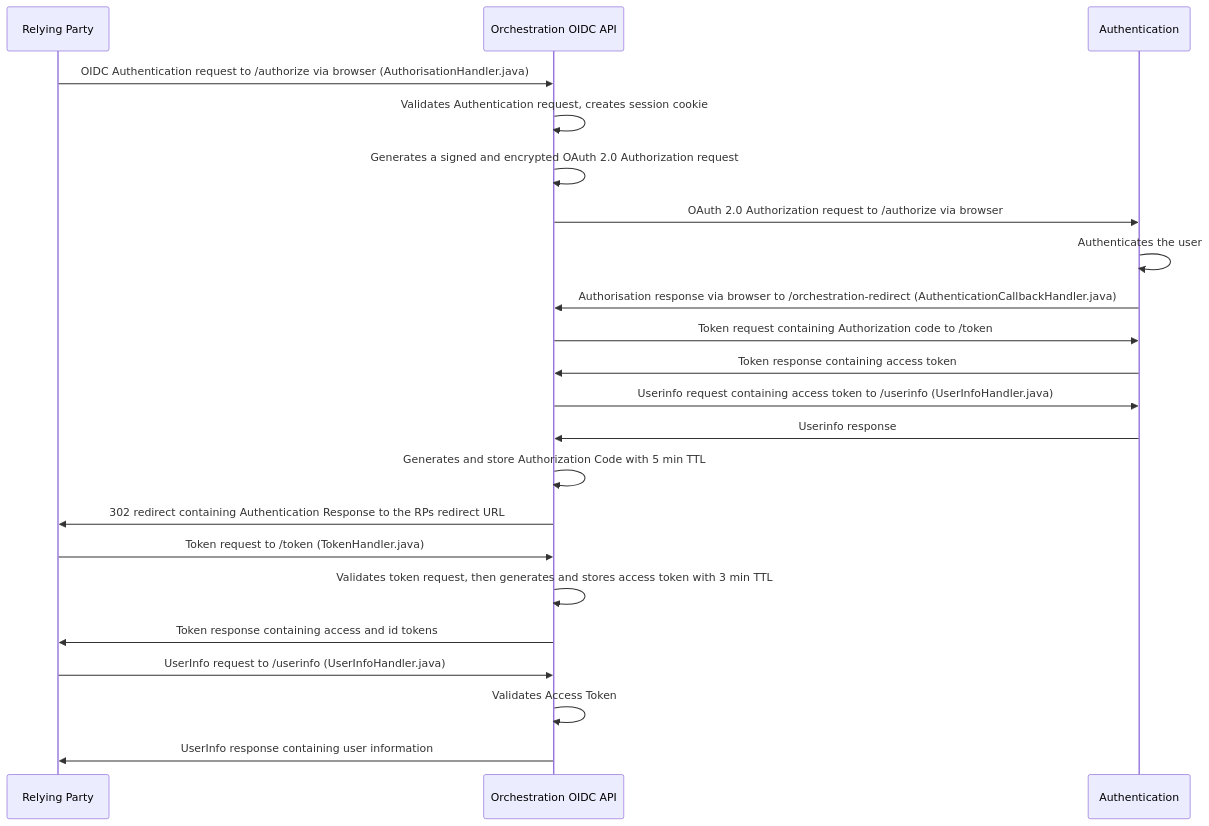
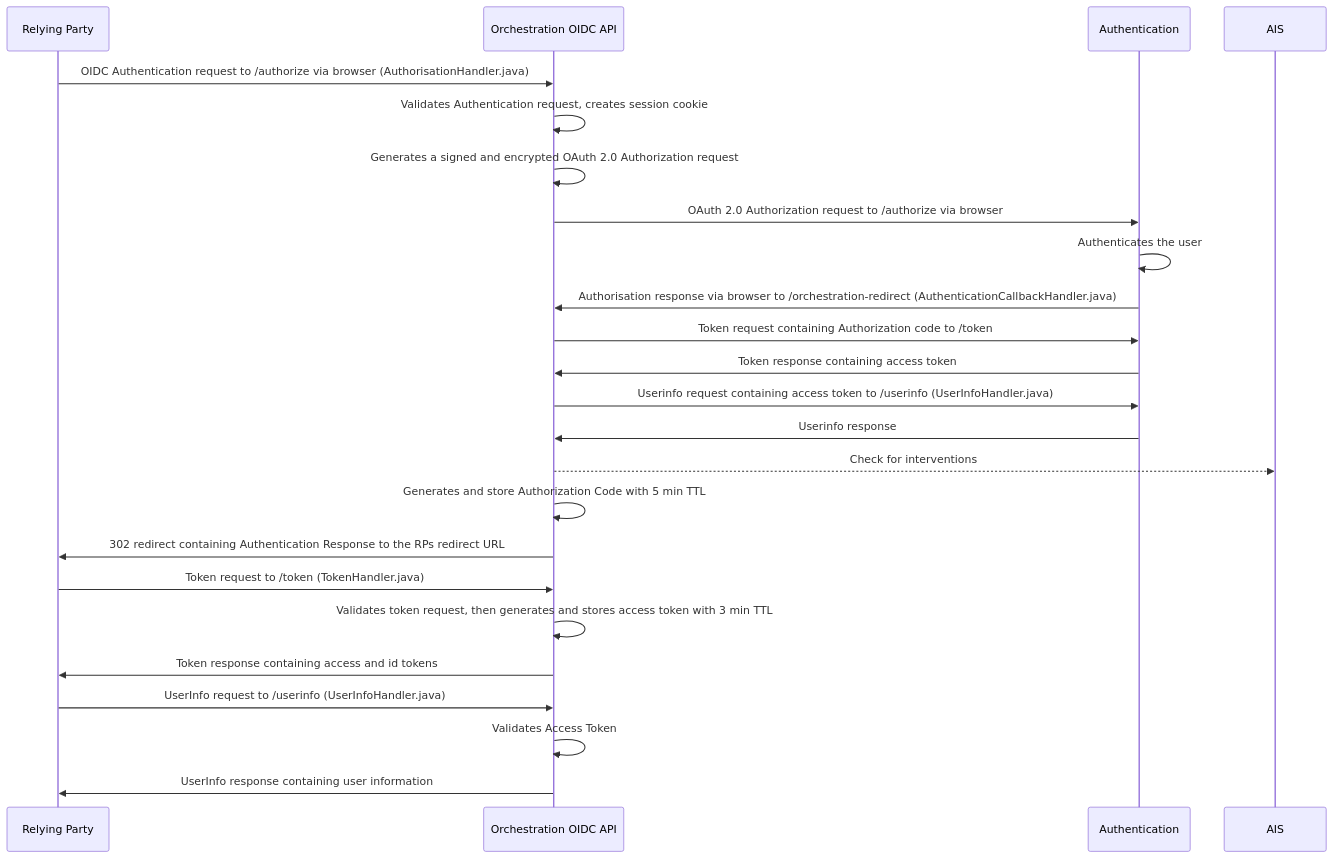
Before and after one commit to govuk-one-login/authentication-api: the diagram in docs/diagrams/orchestration/auth-only/auth-only.mmd, drawn with Mermaid. The commit also changed 1 other file, not shown here.

Commit message:
ATO-1036: Update sequence diagrams to show AIS calls

```diff
--- a/docs/diagrams/orchestration/auth-only/auth-only.mmd
+++ b/docs/diagrams/orchestration/auth-only/auth-only.mmd
@@ -1,22 +1,24 @@
 sequenceDiagram
     participant rp as Relying Party
     participant orch_api as Orchestration OIDC API
     participant auth as Authentication
+    participant ais as AIS
     rp ->> orch_api : OIDC Authentication request to /authorize via browser (AuthorisationHandler.java)
     orch_api  ->> orch_api : Validates Authentication request, creates session cookie
     orch_api ->> orch_api : Generates a signed and encrypted OAuth 2.0 Authorization request
     orch_api ->> auth : OAuth 2.0 Authorization request to /authorize via browser
     auth ->> auth : Authenticates the user
     auth ->> orch_api : Authorisation response via browser to /orchestration-redirect (AuthenticationCallbackHandler.java)
     orch_api ->> auth : Token request containing Authorization code to /token
     auth ->> orch_api : Token response containing access token
     orch_api ->> auth : Userinfo request containing access token to /userinfo (UserInfoHandler.java)
     auth ->> orch_api : Userinfo response
+    orch_api -->> ais : Check for interventions
     orch_api ->> orch_api : Generates and store Authorization Code with 5 min TTL
     orch_api ->> rp : 302 redirect containing Authentication Response to the RPs redirect URL
     rp ->> orch_api : Token request to /token (TokenHandler.java)
     orch_api ->> orch_api : Validates token request, then generates and stores access token with 3 min TTL
     orch_api ->> rp : Token response containing access and id tokens
     rp ->> orch_api : UserInfo request to /userinfo (UserInfoHandler.java)
     orch_api ->> orch_api : Validates Access Token
-    orch_api ->> rp : UserInfo response containing user information 
+    orch_api ->> rp : UserInfo response containing user information
```
